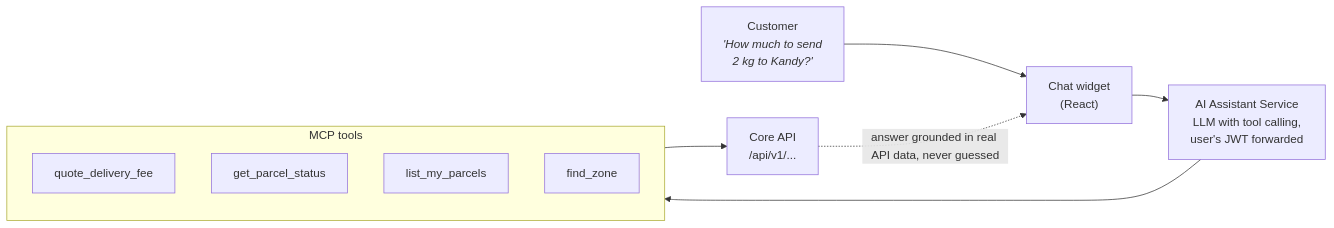
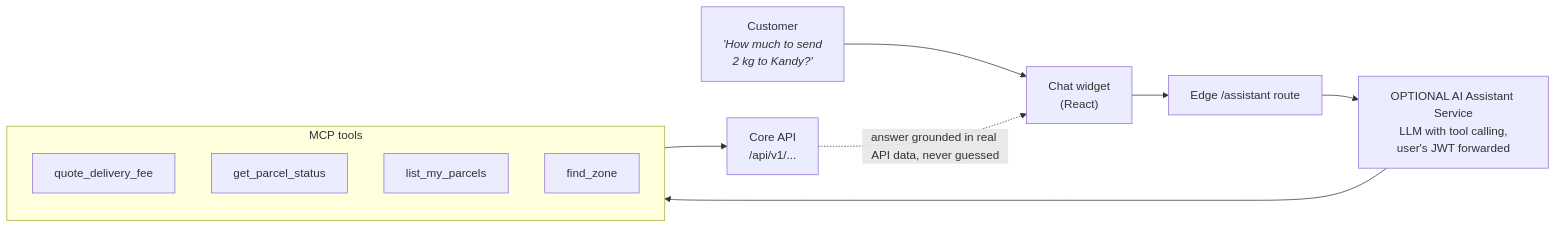
Before and after one commit to doktur-umair/swiftdrop: diagram 16 of 16 in SWIFTDROP_DESIGN_DOCUMENTATION.md, drawn with Mermaid. The commit also changed other lines of this file and 88 other files, not shown here.

````diff
--- a/SWIFTDROP_DESIGN_DOCUMENTATION.md
+++ b/SWIFTDROP_DESIGN_DOCUMENTATION.md
@@ -1224,16 +1221,17 @@
 ```mermaid
 flowchart LR
     Customer["Customer<br/><i>'How much to send<br/>2 kg to Kandy?'</i>"] --> ChatWidget["Chat widget<br/>(React)"]
-    ChatWidget --> AIAssistant["AI Assistant Service<br/>LLM with tool calling,<br/>user's JWT forwarded"]
+    ChatWidget --> EdgeAI["Edge /assistant route"]
+    EdgeAI --> AIAssistant["OPTIONAL AI Assistant Service<br/>LLM with tool calling,<br/>user's JWT forwarded"]
     
     subgraph MCPTools["MCP tools"]
         T1["quote_delivery_fee"]
         T2["get_parcel_status"]
         T3["list_my_parcels"]
         T4["find_zone"]
     end
 
     AIAssistant --> MCPTools
     MCPTools --> CoreApi["Core API<br/>/api/v1/..."]
     CoreApi -.->|answer grounded in real API data, never guessed| ChatWidget
 ```
````
